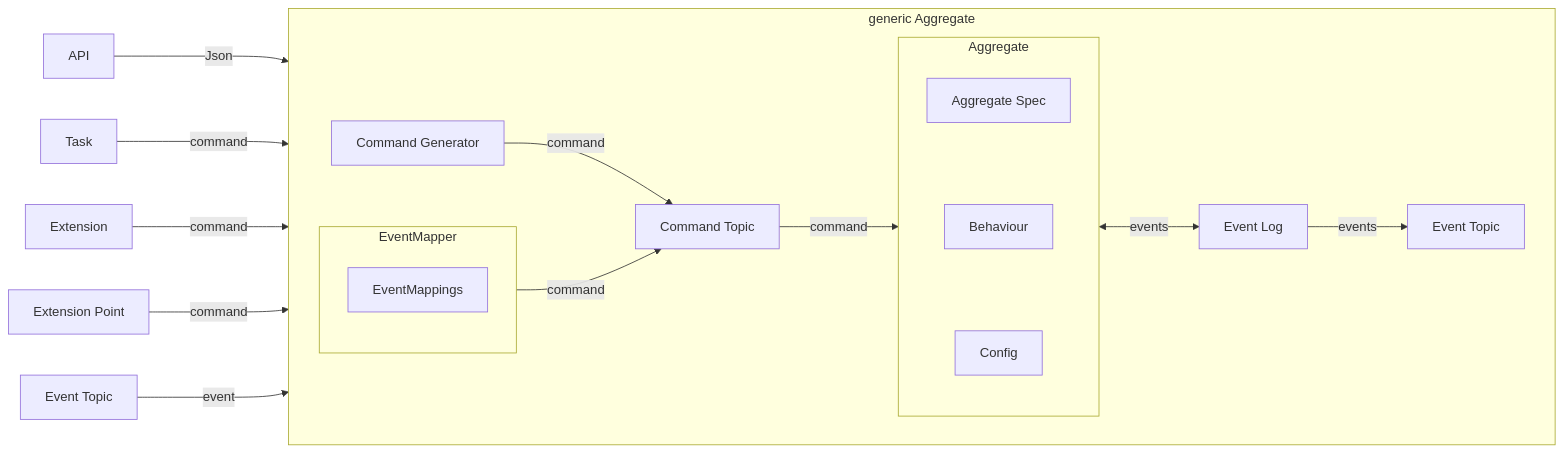
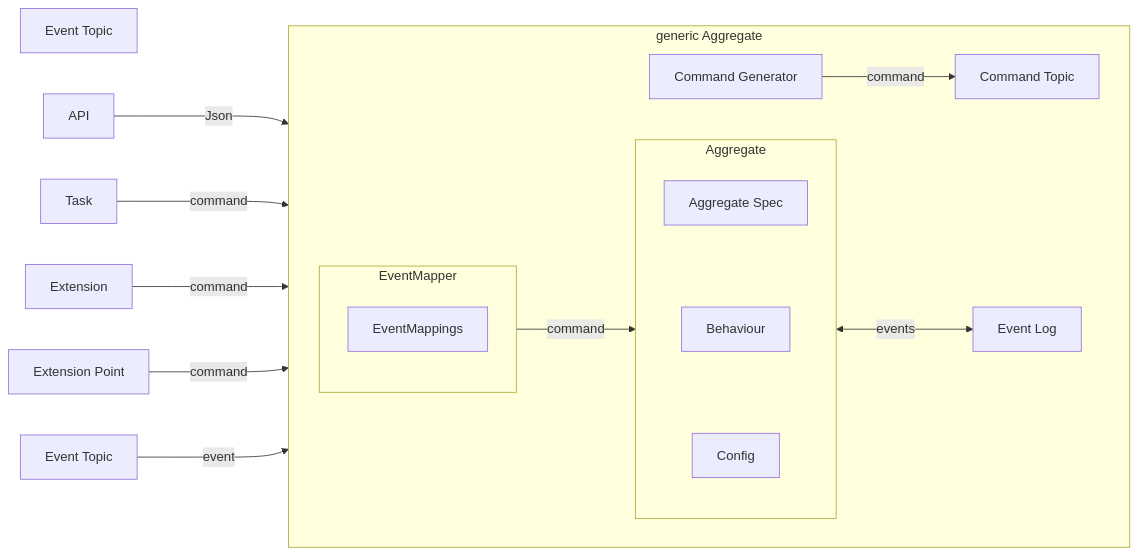
One commit to ReventlessDev/reventless-core changed the first of 2 diagrams in packages/doc/docs/reventless-components/aggregate.md. Above: the diagram before and after it, drawn with Mermaid. The commit also changed other lines of this file, not shown here.

First line of the commit message:
doc: shortly explain event log in aggregate file

````diff
--- a/packages/doc/docs/reventless-components/aggregate.md
+++ b/packages/doc/docs/reventless-components/aggregate.md
@@ -25,45 +25,43 @@
 ```mermaid
 flowchart LR
 CmdT[Command Topic]
 EvtL[Event Log]
 EvtT[Event Topic]
 EvtT2[Event Topic]
 EventMapper[Event Mapper]
 Api[API]
 CmdG[Command Generator]
 Task[Task]
 Ext[Extension]
 ExtP[Extension Point]
 
 Api --->|Json| CmdG
 Task --->|command| CmdT
 Ext --->|command| CmdT
 ExtP --->|command| CmdT
 EvtT2 --->|event| EventMapper
 
 subgraph generic Aggregate
   direction LR
 
   CmdG -->|command| CmdT
 
   subgraph Params [Aggregate]
       direction TB
       Spec[Aggregate Spec]
       Behaviour[Behaviour]
       Config[Config]
 
       Spec ~~~ Behaviour
       Behaviour ~~~ Config
   end
 
   subgraph EventMapper
     direction TB
     EventMappings
   end
 
-  EventMapper -->|command| CmdT
-  CmdT -->|command| Params
+  EventMapper -->|command| Params
   Params <-->|events| EvtL
-  EvtL -->|events| EvtT
 end
 ```
````
